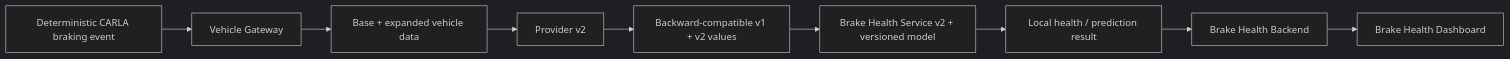
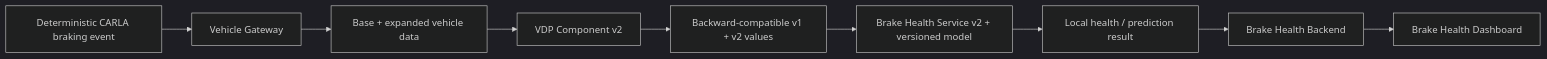
Before and after one commit to alexmaninblack/aosedge-sdv-demo: diagram 12 of 18 in docs/architecture/demo-scenario-architecture-flows.md, drawn with Mermaid (dark theme). The commit also changed other lines of this file and 32 other files, not shown here.

````diff
--- a/docs/architecture/demo-scenario-architecture-flows.md
+++ b/docs/architecture/demo-scenario-architecture-flows.md
@@ -607,9 +654,9 @@
 ```mermaid
 flowchart LR
     SCENE["Deterministic CARLA braking event"] --> GW["Vehicle Gateway"]
     GW --> VISS["Base + expanded vehicle data"]
-    VISS --> P2["Provider v2"] --> KUKSA["Backward-compatible v1 + v2 values"]
+    VISS --> P2["VDP Component v2"] --> KUKSA["Backward-compatible v1 + v2 values"]
     KUKSA --> S2["Brake Health Service v2 + versioned model"]
     S2 --> RESULT["Local health / prediction result"]
     RESULT --> BE["Brake Health Backend"] --> BD["Brake Health Dashboard"]
 ```
````
